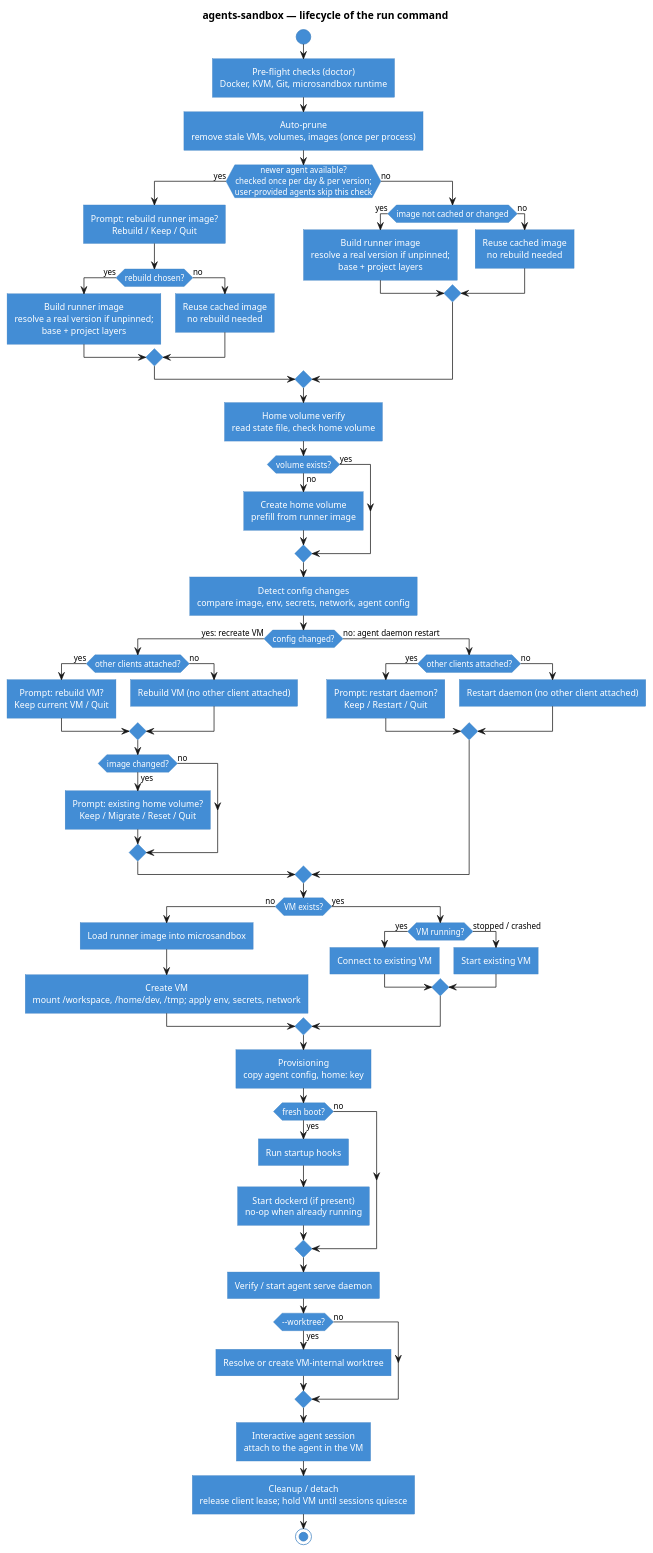
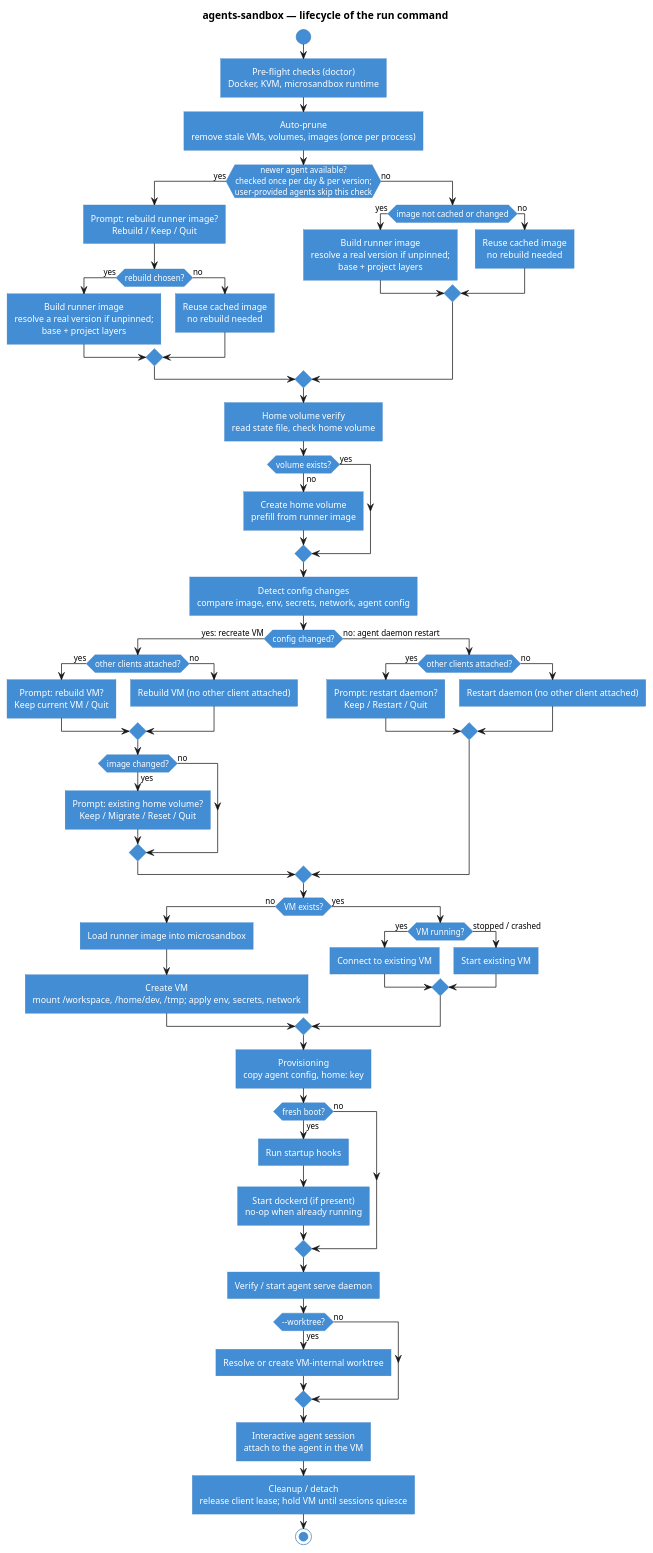
The diagram in docs/diagrams/lifecycle.puml (2d6/agents-sandbox), drawn with PlantUML before and after one commit. The commit also changed 2 other files, not shown here.

```diff
--- a/docs/diagrams/lifecycle.puml
+++ b/docs/diagrams/lifecycle.puml
@@ -1,94 +1,94 @@
 @startuml
 skinparam defaultTextAlignment center
 skinparam roundCorner 0
 skinparam activityBackgroundColor #438DD5
 skinparam activityBorderColor #3C7FC0
 skinparam activityFontColor #FFF
 skinparam activityDiamondBackgroundColor #438DD5
 skinparam activityDiamondBorderColor #3C7FC0
 skinparam activityDiamondFontColor #FFF
 skinparam arrowColor #181818
 <style>
 activityDiagram {
   circle {
     LineColor #3C7FC0
     BackGroundColor #438DD5
   }
 }
 </style>
 ' agents-sandbox — invocation lifecycle (from internal/sandbox/vm/run_orchestrate.go)
 title agents-sandbox — lifecycle of the run command
 
 start
-:Pre-flight checks (doctor)\nDocker, KVM, Git, microsandbox runtime;
+:Pre-flight checks (doctor)\nDocker, KVM, microsandbox runtime;
 :Auto-prune\nremove stale VMs, volumes, images (once per process);
 
 if (newer agent available?\nchecked once per day & per version;\nuser-provided agents skip this check) then (yes)
     :Prompt: rebuild runner image?\nRebuild / Keep / Quit;
     if (rebuild chosen?) then (yes)
         :Build runner image\nresolve a real version if unpinned;\nbase + project layers;
     else (no)
         :Reuse cached image\nno rebuild needed;
     endif
 else (no)
     if (image not cached or changed) then (yes)
         :Build runner image\nresolve a real version if unpinned;\nbase + project layers;
     else (no)
         :Reuse cached image\nno rebuild needed;
     endif
 endif
 :Home volume verify\nread state file, check home volume;
 if (volume exists?) then (no)
     :Create home volume\nprefill from runner image;
 else (yes)
 endif
 
 :Detect config changes\ncompare image, env, secrets, network, agent config;
 if (config changed?) then (yes: recreate VM)
     if (other clients attached?) then (yes)
         :Prompt: rebuild VM?\nKeep current VM / Quit;
     else (no)
         :Rebuild VM (no other client attached);
     endif
     if (image changed?) then (yes)
         :Prompt: existing home volume?\nKeep / Migrate / Reset / Quit;
     else (no)
     endif
 else (no: agent daemon restart)
     if (other clients attached?) then (yes)
         :Prompt: restart daemon?\nKeep / Restart / Quit;
     else (no)
         :Restart daemon (no other client attached);
     endif
 endif
 
 if (VM exists?) then (no)
     :Load runner image into microsandbox;
     :Create VM\nmount /workspace, /home/dev, /tmp; apply env, secrets, network;
 else (yes)
     if (VM running?) then (yes)
         :Connect to existing VM;
     else (stopped / crashed)
         :Start existing VM;
     endif
 endif
 
 :Provisioning\ncopy agent config, home: key;
 if (fresh boot?) then (yes)
     :Run startup hooks;
     :Start dockerd (if present)\nno-op when already running;
 else (no)
 endif
 :Verify / start agent serve daemon;
 
 if (--worktree?) then (yes)
     :Resolve or create VM-internal worktree;
 else (no)
 endif
 
 :Interactive agent session\nattach to the agent in the VM;
 
 :Cleanup / detach\nrelease client lease; hold VM until sessions quiesce;
 
 stop
 @enduml
```
